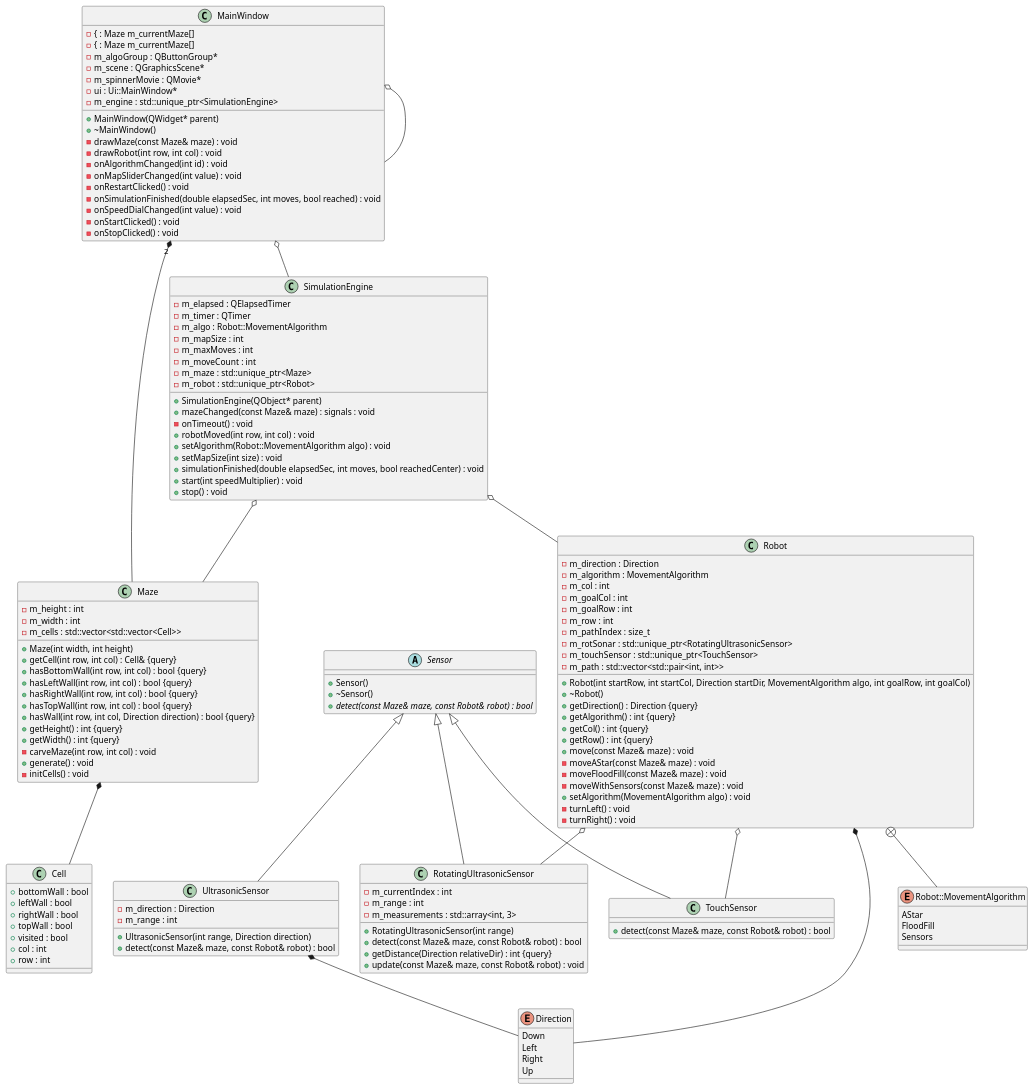
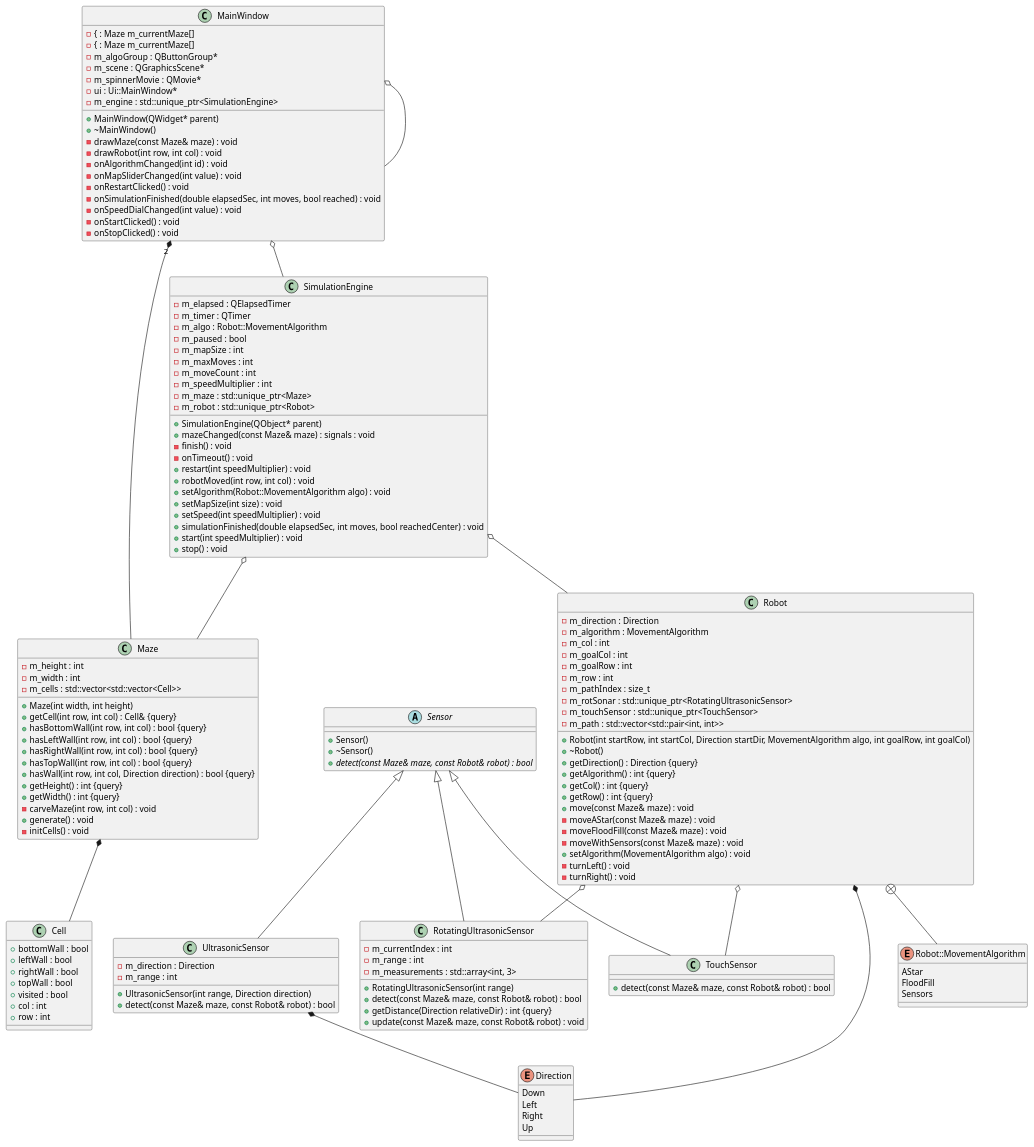
One commit to Meowzeeeee/Micromouse changed the diagram in MS_Micromouse/output.puml. Above: the diagram before and after it, drawn with PlantUML. The commit also changed 5 other files, not shown here.

```diff
--- a/MS_Micromouse/output.puml
+++ b/MS_Micromouse/output.puml
@@ -97,16 +97,21 @@
 	-m_elapsed : QElapsedTimer
 	-m_timer : QTimer
 	-m_algo : Robot::MovementAlgorithm
+	-m_paused : bool
 	-m_mapSize : int
 	-m_maxMoves : int
 	-m_moveCount : int
+	-m_speedMultiplier : int
 	+mazeChanged(const Maze& maze) : signals : void
 	-m_maze : std::unique_ptr<Maze>
 	-m_robot : std::unique_ptr<Robot>
+	-finish() : void
 	-onTimeout() : void
+	+restart(int speedMultiplier) : void
 	+robotMoved(int row, int col) : void
 	+setAlgorithm(Robot::MovementAlgorithm algo) : void
 	+setMapSize(int size) : void
+	+setSpeed(int speedMultiplier) : void
 	+simulationFinished(double elapsedSec, int moves, bool reachedCenter) : void
 	+start(int speedMultiplier) : void
 	+stop() : void
```
